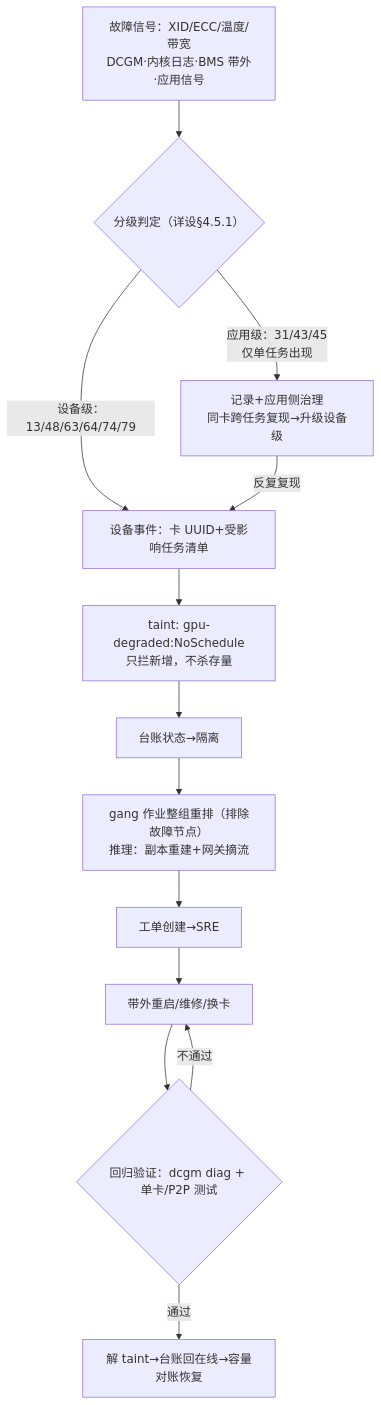
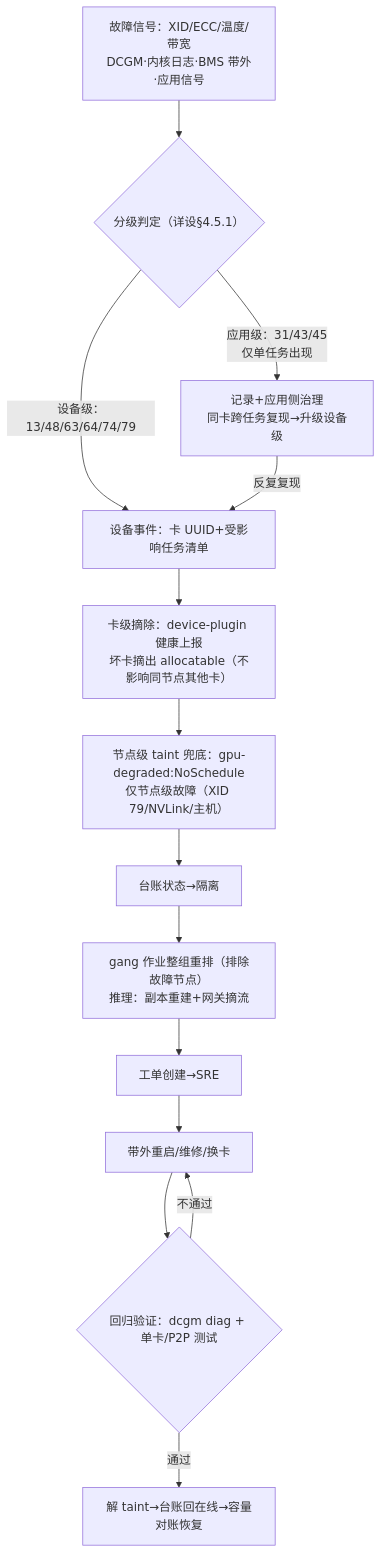
One commit to vickyv3v4/lira changed the seventh of 12 diagrams in 基于MCK的智算平台设计方案.md. Above: the diagram before and after it, drawn with Mermaid. The commit also changed other lines of this file and 2 other files, not shown here.

````diff
--- a/基于MCK的智算平台设计方案.md
+++ b/基于MCK的智算平台设计方案.md
@@ -622,15 +638,16 @@
 ```mermaid
 flowchart TD
     SRC["故障信号：XID/ECC/温度/带宽<br/>DCGM·内核日志·BMS 带外·应用信号"] --> CLS{"分级判定（详设§4.5.1）"}
     CLS -->|"应用级：31/43/45<br/>仅单任务出现"| APP["记录+应用侧治理<br/>同卡跨任务复现→升级设备级"]
     CLS -->|"设备级：13/48/63/64/74/79"| EV["设备事件：卡 UUID+受影响任务清单"]
-    EV --> TAINT["taint: gpu-degraded:NoSchedule<br/>只拦新增，不杀存量"]
+    EV --> ISO["卡级摘除：device-plugin 健康上报<br/>坏卡摘出 allocatable（不影响同节点其他卡）"]
+    ISO --> TAINT["节点级 taint 兜底：gpu-degraded:NoSchedule<br/>仅节点级故障（XID 79/NVLink/主机）"]
     TAINT --> LED["台账状态→隔离"]
     LED --> RES["gang 作业整组重排（排除故障节点）<br/>推理：副本重建+网关摘流"]
     RES --> TK["工单创建→SRE"]
     TK --> FIX["带外重启/维修/换卡"]
     FIX --> RG{"回归验证：dcgm diag + 单卡/P2P 测试"}
     RG -->|"通过"| BACK["解 taint→台账回在线→容量对账恢复"]
     RG -->|"不通过"| FIX
     APP -->|"反复复现"| EV
 ```
````
